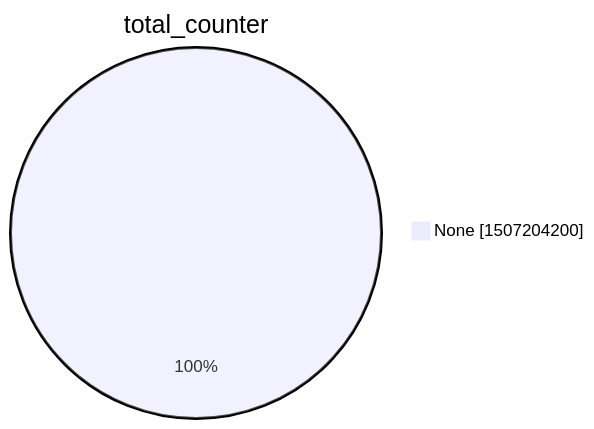
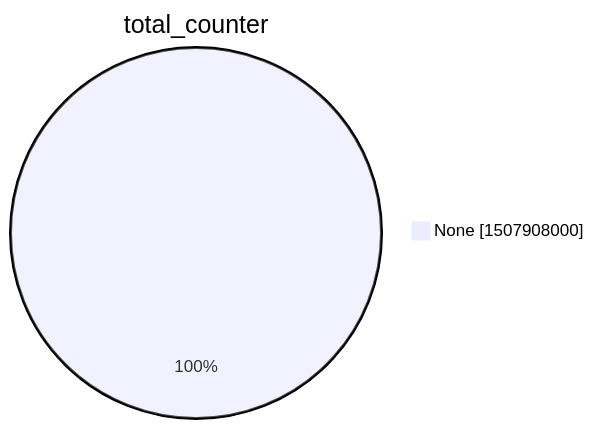
Before and after one commit to christiankrug/ctmonitor_visualization: the second of 15 diagrams in xenon2022/README.md, drawn with Mermaid. The commit also changed other lines of this file, not shown here.

````diff
--- a/xenon2022/README.md
+++ b/xenon2022/README.md
@@ -9,5 +9,5 @@
 ```mermaid
 pie showData
 title total_counter
-"None" :1507204200
+"None" :1507908000
 ```
````
